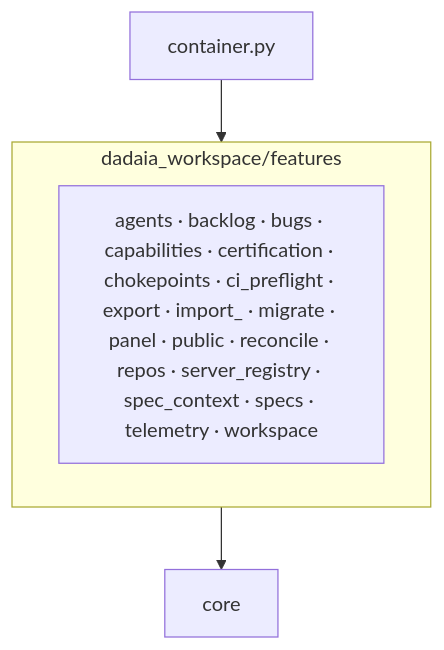
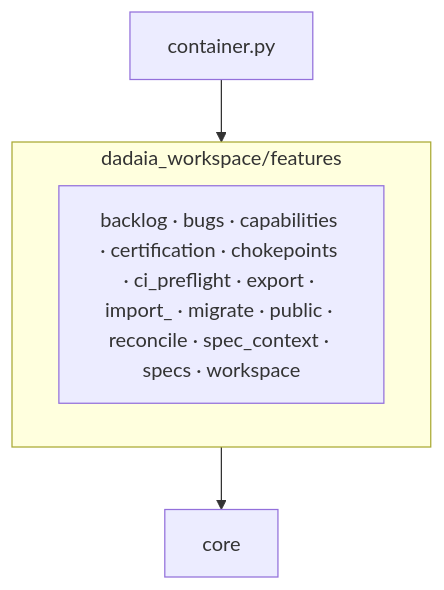
Before and after one commit to marcoaureliomenezes/dadaia-workspace: the second of 2 diagrams in specs/memory/ARCHITECTURE.md, drawn with Mermaid. The commit also changed other lines of this file and 32 other files, not shown here.

````diff
--- a/specs/memory/ARCHITECTURE.md
+++ b/specs/memory/ARCHITECTURE.md
@@ -164,8 +160,8 @@
 ```mermaid
 flowchart TB
     subgraph features["dadaia_workspace/features"]
-      pkgs["agents · backlog · bugs · capabilities · certification · chokepoints · ci_preflight · export · import_ · migrate · panel · public · reconcile · repos · server_registry · spec_context · specs · telemetry · workspace"]
+      pkgs["backlog · bugs · capabilities · certification · chokepoints · ci_preflight · export · import_ · migrate · public · reconcile · spec_context · specs · workspace"]
     end
     container["container.py"] --> features
     features --> core["core"]
 ```
````
